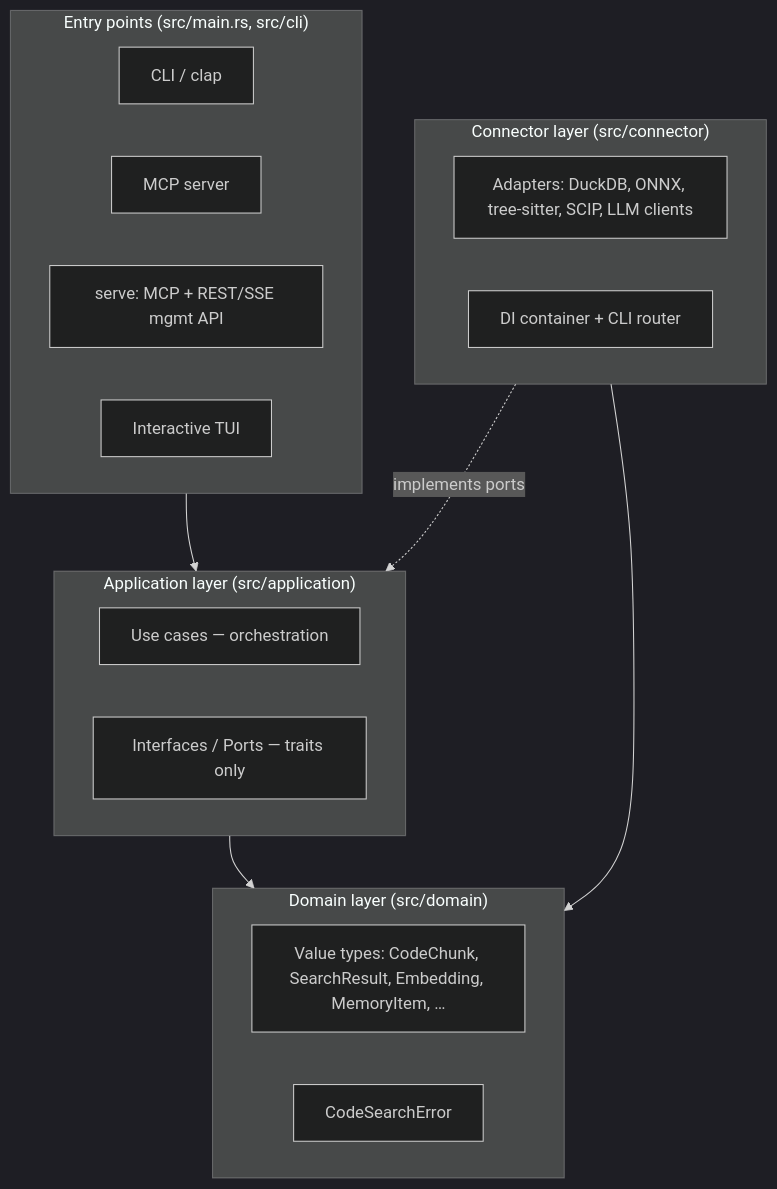
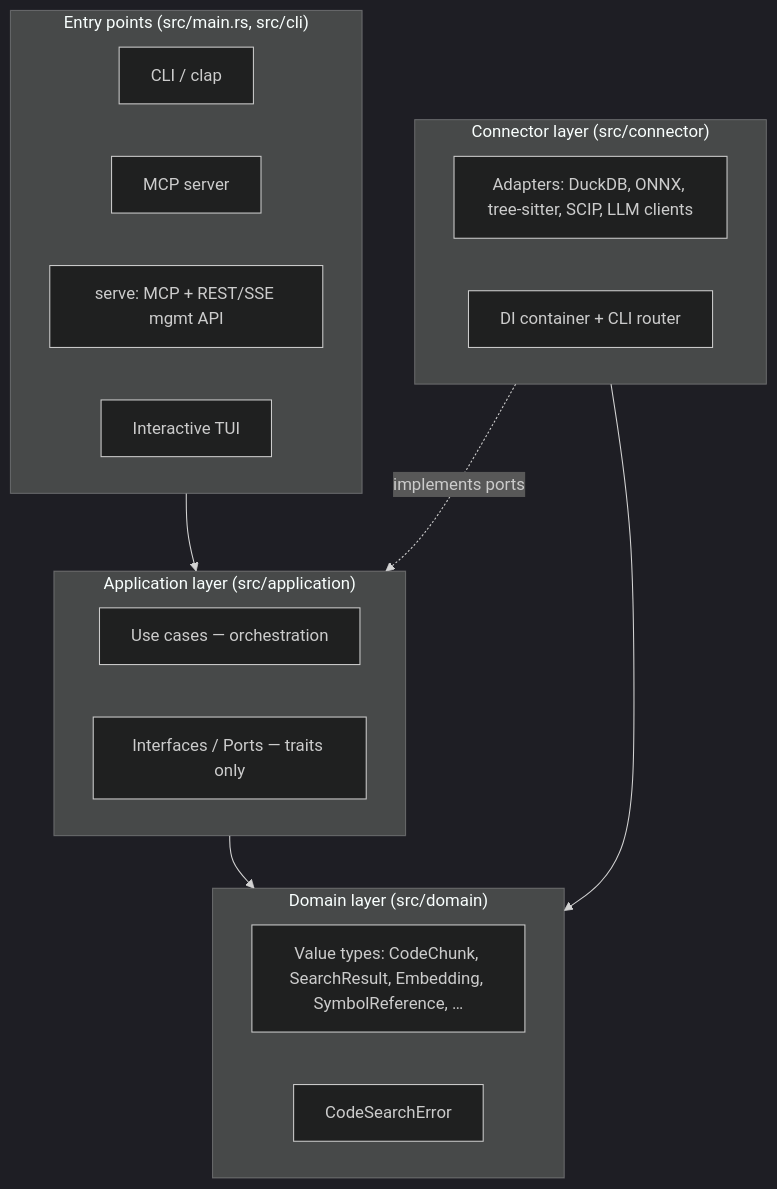
Before and after one commit to ArtemisMucaj/codesearch: the first of 3 diagrams in docs/architecture/overview.md, drawn with Mermaid (dark theme). The commit also changed other lines of this file and 17 other files, not shown here.

````diff
--- a/docs/architecture/overview.md
+++ b/docs/architecture/overview.md
@@ -7,29 +7,29 @@
 ```mermaid
 graph TB
     subgraph Entry["Entry points  (src/main.rs, src/cli)"]
         CLI[CLI / clap]
         MCP[MCP server]
         SERVE[serve: MCP + REST/SSE mgmt API]
         TUI[Interactive TUI]
     end
 
     subgraph App["Application layer  (src/application)"]
         UC[Use cases — orchestration]
         Ports[Interfaces / Ports — traits only]
     end
 
     subgraph Domain["Domain layer  (src/domain)"]
-        Models[Value types: CodeChunk, SearchResult, Embedding, MemoryItem, …]
+        Models[Value types: CodeChunk, SearchResult, Embedding, SymbolReference, …]
         Err[CodeSearchError]
     end
 
     subgraph Conn["Connector layer  (src/connector)"]
         Adapters[Adapters: DuckDB, ONNX, tree-sitter, SCIP, LLM clients]
         DI[DI container + CLI router]
     end
 
     Entry --> App
     App --> Domain
     Conn -.->|implements ports| App
     Conn --> Domain
 ```
````
